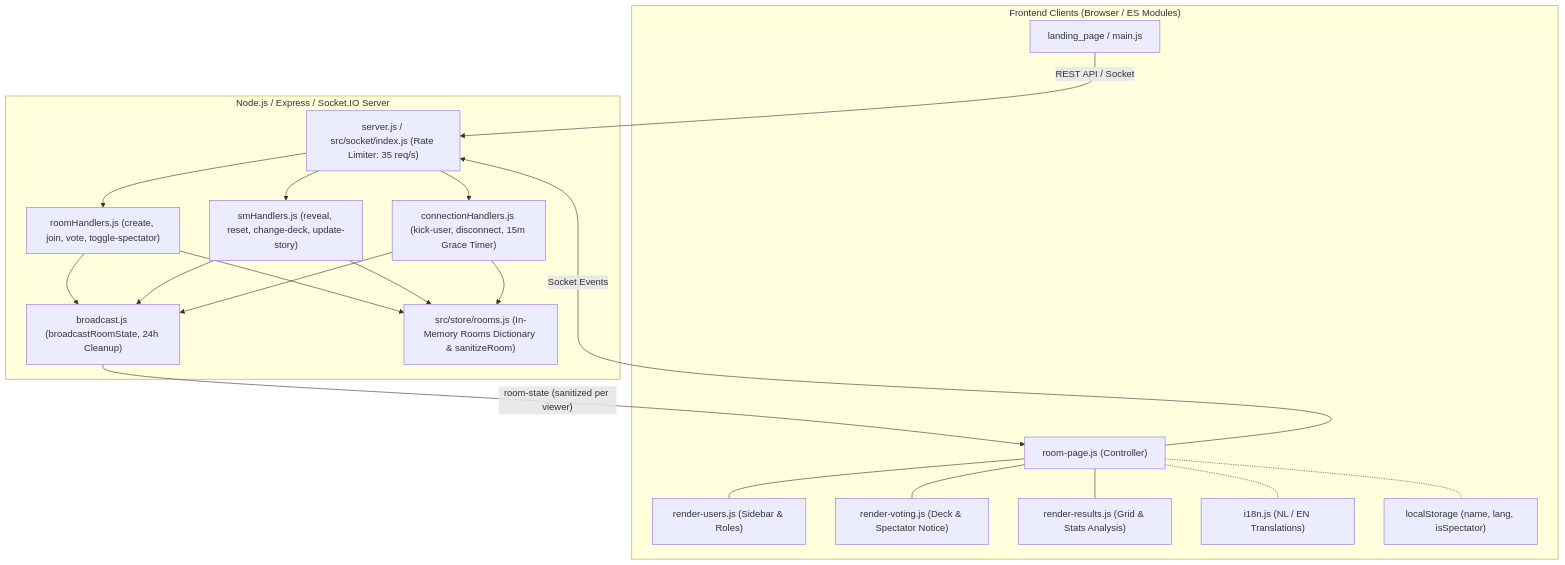
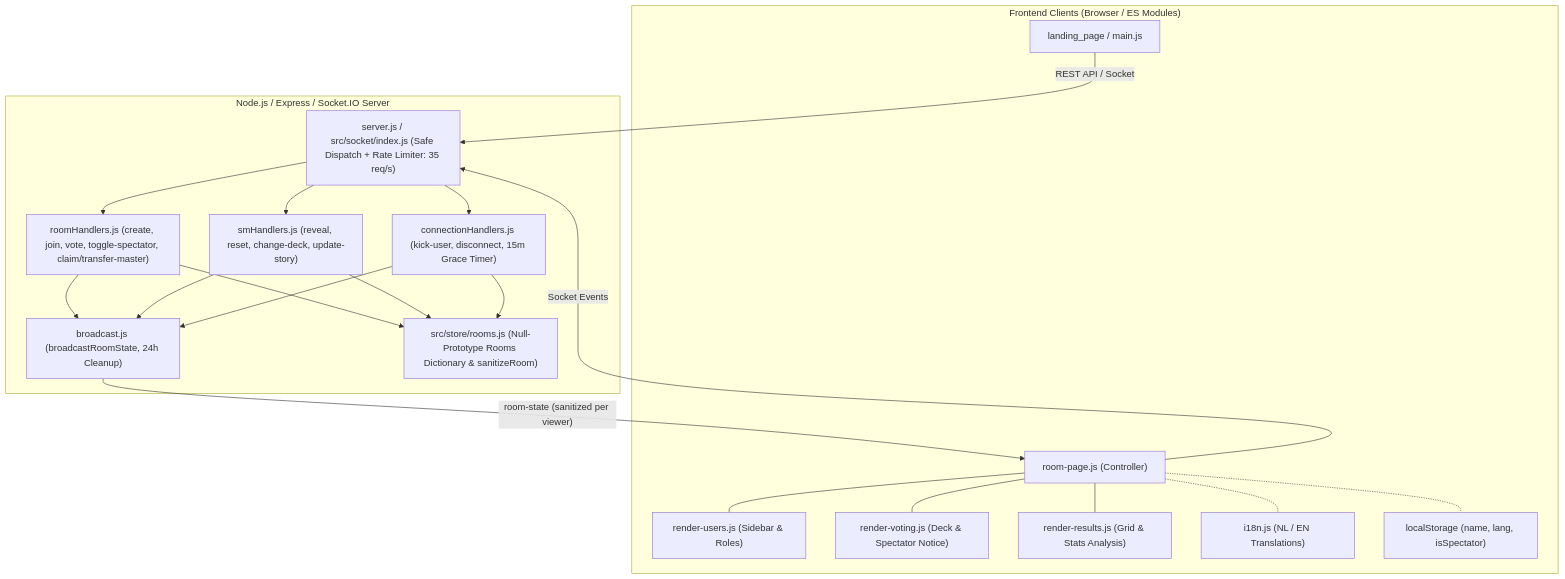
Before and after one commit to Stuxles/scrum-tools: the diagram in docs/wiki/index.md, drawn with Mermaid. The commit also changed 3 other files, not shown here.

First line of the commit message:
docs: reflect socket hardening, roomId normalization and new test suite

````diff
--- a/docs/wiki/index.md
+++ b/docs/wiki/index.md
@@ -24,31 +24,31 @@
 ```mermaid
 graph TD
     subgraph Clients["Frontend Clients (Browser / ES Modules)"]
         Landing["landing_page / main.js"]
         RoomUI["room-page.js (Controller)"]
         RenderUsers["render-users.js (Sidebar & Roles)"]
         RenderVoting["render-voting.js (Deck & Spectator Notice)"]
         RenderResults["render-results.js (Grid & Stats Analysis)"]
         I18n["i18n.js (NL / EN Translations)"]
         LocalStore["localStorage (name, lang, isSpectator)"]
     end
 
     subgraph Backend["Node.js / Express / Socket.IO Server"]
-        ServerEntry["server.js / src/socket/index.js (Rate Limiter: 35 req/s)"]
-        RoomHandlers["roomHandlers.js (create, join, vote, toggle-spectator)"]
+        ServerEntry["server.js / src/socket/index.js (Safe Dispatch + Rate Limiter: 35 req/s)"]
+        RoomHandlers["roomHandlers.js (create, join, vote, toggle-spectator, claim/transfer-master)"]
         SMHandlers["smHandlers.js (reveal, reset, change-deck, update-story)"]
         ConnHandlers["connectionHandlers.js (kick-user, disconnect, 15m Grace Timer)"]
         Broadcast["broadcast.js (broadcastRoomState, 24h Cleanup)"]
-        RoomsStore["src/store/rooms.js (In-Memory Rooms Dictionary & sanitizeRoom)"]
+        RoomsStore["src/store/rooms.js (Null-Prototype Rooms Dictionary & sanitizeRoom)"]
     end
 
     Landing -->|"REST API / Socket"| ServerEntry
     RoomUI -->|"Socket Events"| ServerEntry
     RoomUI --- RenderUsers & RenderVoting & RenderResults
     RoomUI -.- LocalStore & I18n
 
     ServerEntry --> RoomHandlers & SMHandlers & ConnHandlers
     RoomHandlers & SMHandlers & ConnHandlers --> RoomsStore
     RoomHandlers & SMHandlers & ConnHandlers --> Broadcast
     Broadcast -->|"room-state (sanitized per viewer)"| RoomUI
 ```
````
